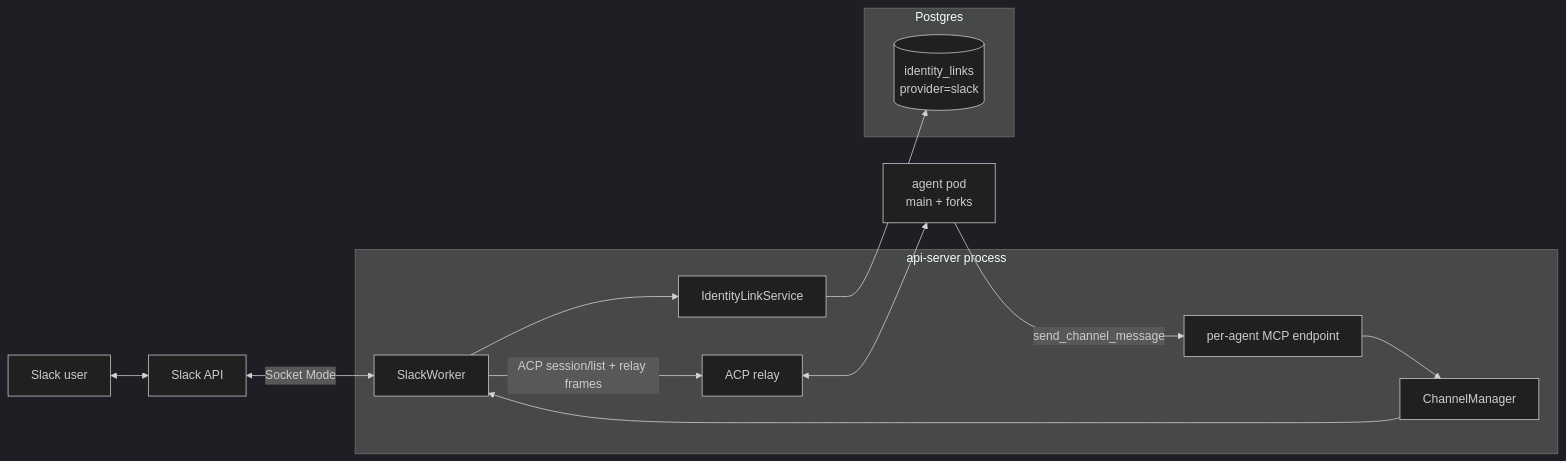
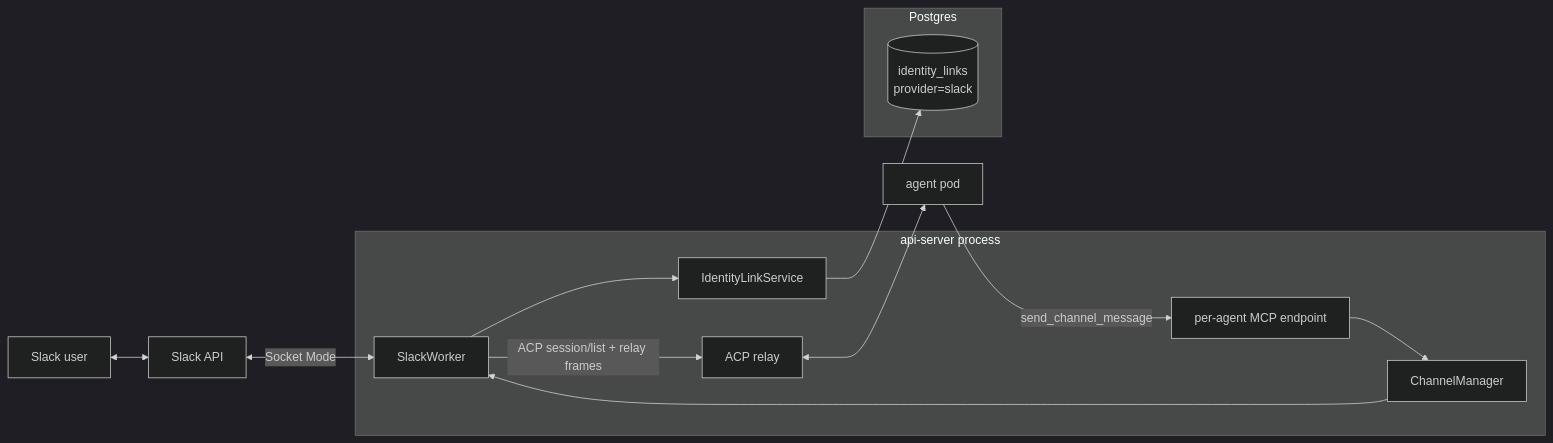
The first of 4 diagrams in docs/architecture/channels.md (dam-agents/dam), drawn with Mermaid (dark theme) before and after one commit. The commit also changed other lines of this file and 181 other files, not shown here.

````diff
--- a/docs/architecture/channels.md
+++ b/docs/architecture/channels.md
@@ -46,29 +42,29 @@
 ```mermaid
 flowchart LR
   SU[Slack user]
   SAPI[Slack API]
 
   subgraph api-server[api-server process]
     CM[ChannelManager]
     SW[SlackWorker]
     IL[IdentityLinkService]
     MCP[per-agent MCP endpoint]
     REL[ACP relay]
   end
 
   subgraph DB[Postgres]
     LNK[(identity_links<br/>provider=slack)]
   end
 
-  POD[agent pod<br/>main + forks]
+  POD[agent pod]
 
   SU <--> SAPI
   SAPI <-- Socket Mode --> SW
   CM --> SW
   SW --> IL
   IL --> LNK
   SW -- ACP session/list + relay frames --> REL
   REL <--> POD
   POD -- send_channel_message --> MCP
   MCP --> CM
 ```
````
